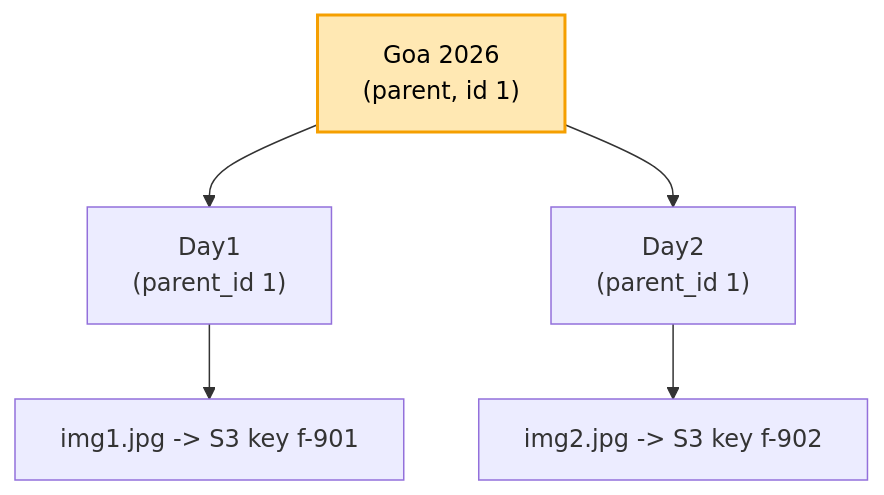
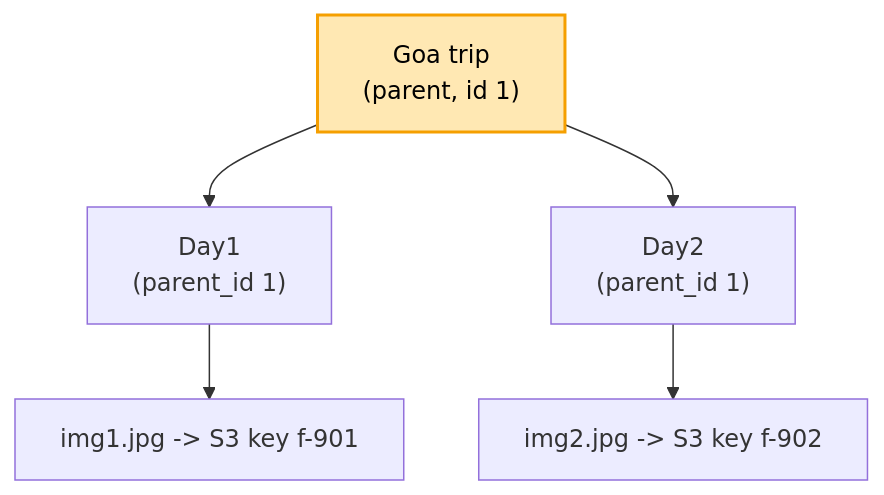
Before and after one commit to ArpanMaheshwari144/Prep: the fifth of 8 diagrams in 04_HLD/SYSTEM_DESIGNS/07_file_upload_validate_system/07_file_upload.md, drawn with Mermaid. The commit also changed other lines of this file and 17 other files, not shown here.

Commit message:
HLD: 17 main files hand notes se milaye (har block alag section, kahani + asli naam, mermaid), technical naam bhi rakhe

````diff
--- a/04_HLD/SYSTEM_DESIGNS/07_file_upload_validate_system/07_file_upload.md
+++ b/04_HLD/SYSTEM_DESIGNS/07_file_upload_validate_system/07_file_upload.md
@@ -125,8 +134,8 @@
 ```mermaid
 flowchart TB
-    G["Goa 2026<br/>(parent, id 1)"] --> D1["Day1<br/>(parent_id 1)"]
+    G["Goa trip<br/>(parent, id 1)"] --> D1["Day1<br/>(parent_id 1)"]
     G --> D2["Day2<br/>(parent_id 1)"]
     D1 --> F1["img1.jpg -> S3 key f-901"]
     D2 --> F2["img2.jpg -> S3 key f-902"]
     style G fill:#ffe8b3,stroke:#f59f00,stroke-width:2px,color:#000
 ```
````
